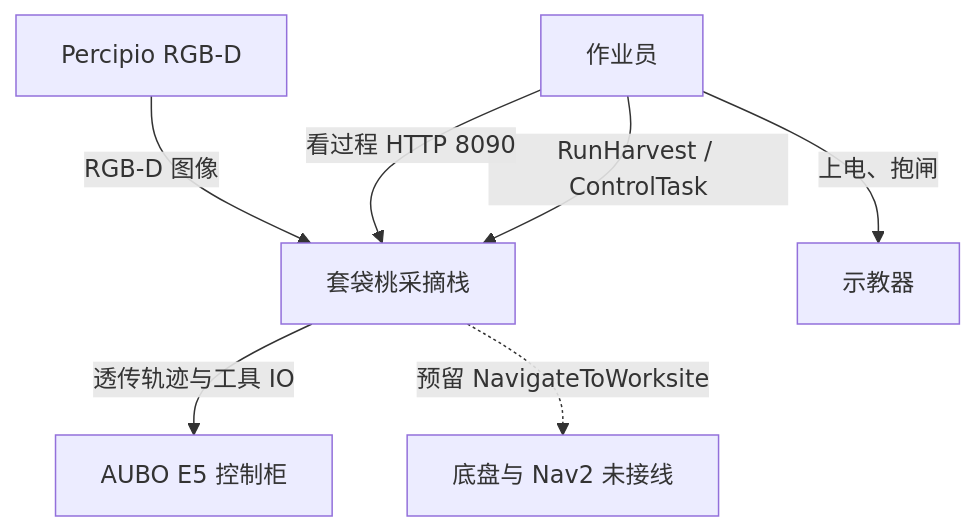
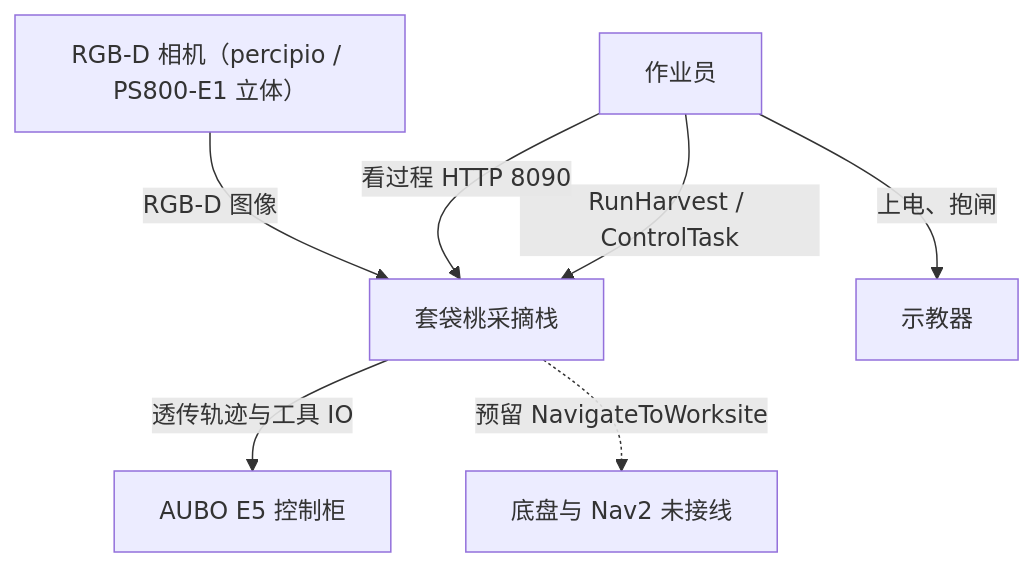
Before and after one commit to MUHAN11-c/aubo_boot: the first of 7 diagrams in src/peach/peach_bringup/doc/architecture.md, drawn with Mermaid. The commit also changed other lines of this file and 272 other files, not shown here.

````diff
--- a/src/peach/peach_bringup/doc/architecture.md
+++ b/src/peach/peach_bringup/doc/architecture.md
@@ -93,15 +93,15 @@
 ```mermaid
 flowchart TB
   op["作业员"]
   harvest["套袋桃采摘栈"]
   e5["AUBO E5 控制柜"]
-  cam["Percipio RGB-D"]
+  cam["RGB-D 相机（percipio / PS800-E1 立体）"]
   teach["示教器"]
   nav2["底盘与 Nav2 未接线"]
   op -->|"RunHarvest / ControlTask"| harvest
   op -->|"看过程 HTTP 8090"| harvest
   op -->|"上电、抱闸"| teach
   cam -->|"RGB-D 图像"| harvest
   harvest -->|"透传轨迹与工具 IO"| e5
   harvest -.->|"预留 NavigateToWorksite"| nav2
 ```
````
